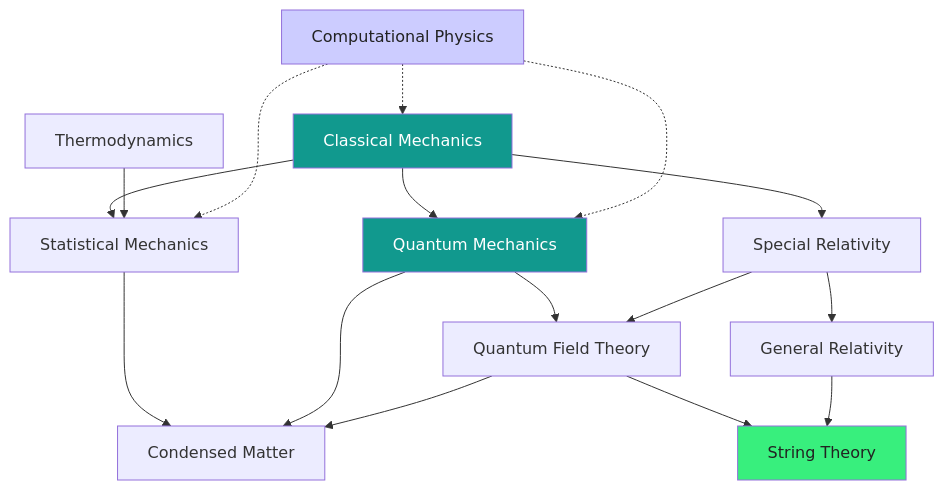
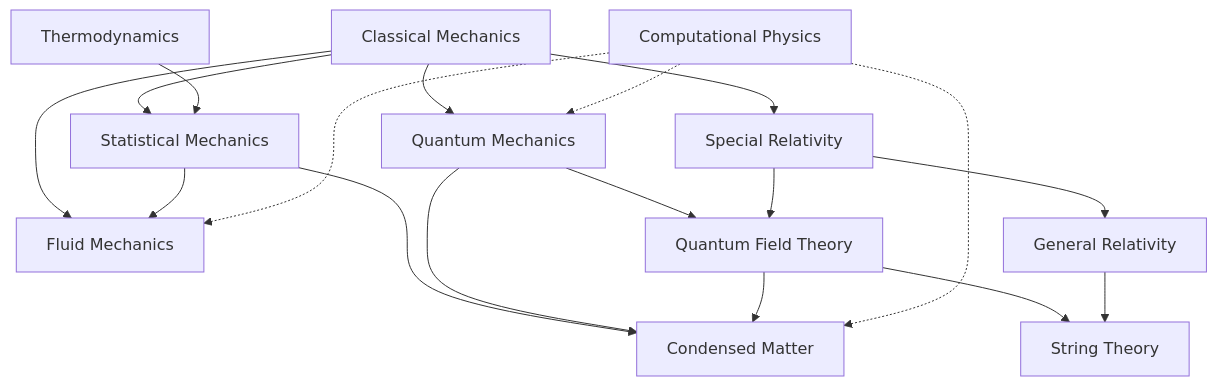
Before and after one commit to AndrewAltimit/Documentation: the diagram in github-pages/docs/physics/index.md, drawn with Mermaid. The commit also changed other lines of this file and 240 other files, not shown here.

````diff
--- a/github-pages/docs/physics/index.md
+++ b/github-pages/docs/physics/index.md
@@ -77,34 +86,32 @@
 ```mermaid
 graph TD
-    CM[Classical Mechanics]
-    TH[Thermodynamics]
-    SR[Special Relativity]
-    GR[General Relativity]
-    SM[Statistical Mechanics]
-    QM[Quantum Mechanics]
-    QFT[Quantum Field Theory]
-    CMP[Condensed Matter]
-    ST[String Theory]
-    COMP[Computational Physics]
+    CM["Classical Mechanics"]
+    FM["Fluid Mechanics"]
+    TH["Thermodynamics"]
+    SM["Statistical Mechanics"]
+    SR["Special Relativity"]
+    GR["General Relativity"]
+    QM["Quantum Mechanics"]
+    QFT["Quantum Field Theory"]
+    CMP["Condensed Matter"]
+    ST["String Theory"]
+    COMP["Computational Physics"]
 
+    CM --> FM
     CM --> SM
     TH --> SM
+    SM --> FM
     CM --> SR
     SR --> GR
     CM --> QM
     QM --> QFT
     SR --> QFT
     SM --> CMP
     QM --> CMP
     QFT --> CMP
     QFT --> ST
     GR --> ST
-    COMP -.-> CM
+    COMP -.-> FM
     COMP -.-> QM
-    COMP -.-> SM
-
-    style CM fill:#11998e,color:#fff
-    style QM fill:#11998e,color:#fff
-    style ST fill:#38ef7d,color:#222
-    style COMP fill:#ccf,color:#222
+    COMP -.-> CMP
 ```
````
